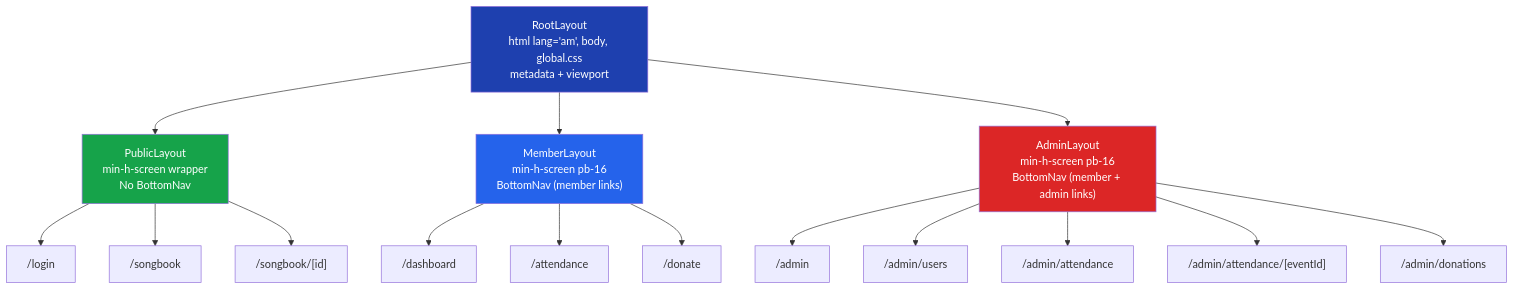
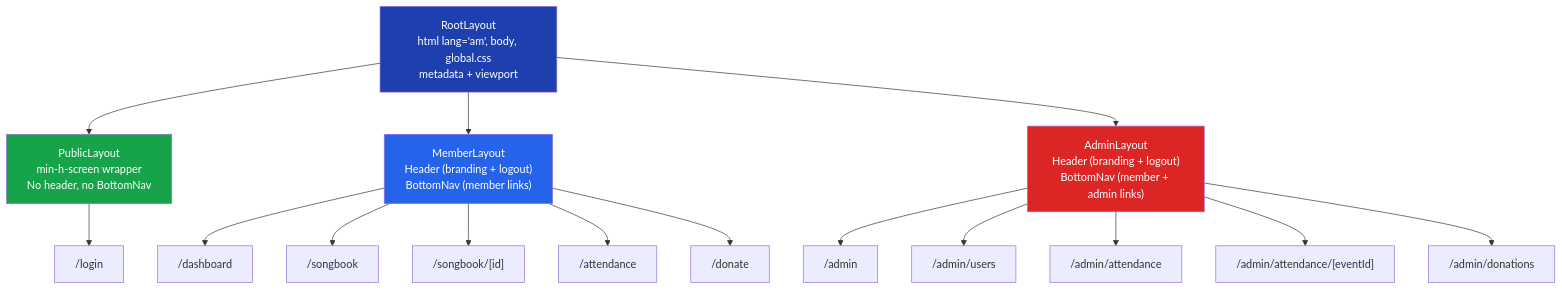
Before and after one commit to Felege-Yordanos-Tech-Team/felege-yordanos-app: the second of 3 diagrams in docs/routes.md, drawn with Mermaid. The commit also changed other lines of this file and 3 other files, not shown here.

First line of the commit message:
docs: 📝 update architecture docs and add database schema

````diff
--- a/docs/routes.md
+++ b/docs/routes.md
@@ -56,27 +56,27 @@
 ```mermaid
 graph TD
     ROOT_LAYOUT["RootLayout<br/>html lang='am', body, global.css<br/>metadata + viewport"]
 
-    ROOT_LAYOUT --> PUBLIC_LAYOUT["PublicLayout<br/>min-h-screen wrapper<br/>No BottomNav"]
-    ROOT_LAYOUT --> MEMBER_LAYOUT["MemberLayout<br/>min-h-screen pb-16<br/>BottomNav (member links)"]
-    ROOT_LAYOUT --> ADMIN_LAYOUT["AdminLayout<br/>min-h-screen pb-16<br/>BottomNav (member + admin links)"]
+    ROOT_LAYOUT --> PUBLIC_LAYOUT["PublicLayout<br/>min-h-screen wrapper<br/>No header, no BottomNav"]
+    ROOT_LAYOUT --> MEMBER_LAYOUT["MemberLayout<br/>Header (branding + logout)<br/>BottomNav (member links)"]
+    ROOT_LAYOUT --> ADMIN_LAYOUT["AdminLayout<br/>Header (branding + logout)<br/>BottomNav (member + admin links)"]
 
     PUBLIC_LAYOUT --> P1["/login"]
-    PUBLIC_LAYOUT --> P2["/songbook"]
-    PUBLIC_LAYOUT --> P3["/songbook/[id]"]
 
     MEMBER_LAYOUT --> M1["/dashboard"]
-    MEMBER_LAYOUT --> M2["/attendance"]
-    MEMBER_LAYOUT --> M3["/donate"]
+    MEMBER_LAYOUT --> M2["/songbook"]
+    MEMBER_LAYOUT --> M3["/songbook/[id]"]
+    MEMBER_LAYOUT --> M4["/attendance"]
+    MEMBER_LAYOUT --> M5["/donate"]
 
     ADMIN_LAYOUT --> A1["/admin"]
     ADMIN_LAYOUT --> A2["/admin/users"]
     ADMIN_LAYOUT --> A3["/admin/attendance"]
     ADMIN_LAYOUT --> A4["/admin/attendance/[eventId]"]
     ADMIN_LAYOUT --> A5["/admin/donations"]
 
     style ROOT_LAYOUT fill:#1e40af,color:#fff
     style PUBLIC_LAYOUT fill:#16a34a,color:#fff
     style MEMBER_LAYOUT fill:#2563eb,color:#fff
     style ADMIN_LAYOUT fill:#dc2626,color:#fff
 ```
````
